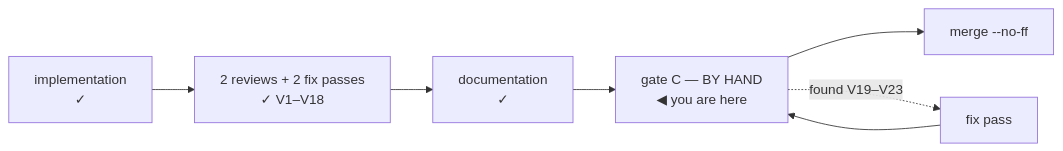
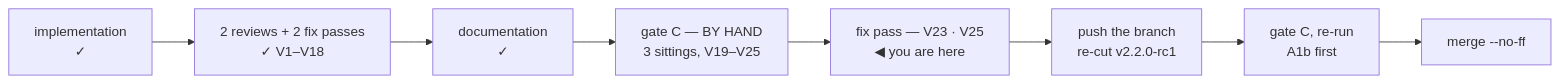
The diagram in docs/handoff-cycle6plus-gatec.md (alergyonthestage/ytdl), drawn with Mermaid before and after one commit. The commit also changed other lines of this file, not shown here.

First line of the commit message:
docs: hand gate C off with the reason three sittings measured nothing

````diff
--- a/docs/handoff-cycle6plus-gatec.md
+++ b/docs/handoff-cycle6plus-gatec.md
@@ -9,9 +9,10 @@
 ```mermaid
 flowchart LR
   I["implementation<br/>✓"] --> R2["2 reviews + 2 fix passes<br/>✓ V1–V18"]
   R2 --> DOC["documentation<br/>✓"]
-  DOC --> GC["gate C — BY HAND<br/>◀ you are here"]
-  GC --> M["merge --no-ff"]
-  GC -.->|"found V19–V23"| FIX["fix pass"]
-  FIX --> GC
+  DOC --> GC["gate C — BY HAND<br/>3 sittings, V19–V25"]
+  GC --> FIX["fix pass — V23 · V25<br/>◀ you are here"]
+  FIX --> PUSH["push the branch<br/>re-cut v2.2.0-rc1"]
+  PUSH --> GC2["gate C, re-run<br/>A1b first"]
+  GC2 --> M["merge --no-ff"]
 ```
````
